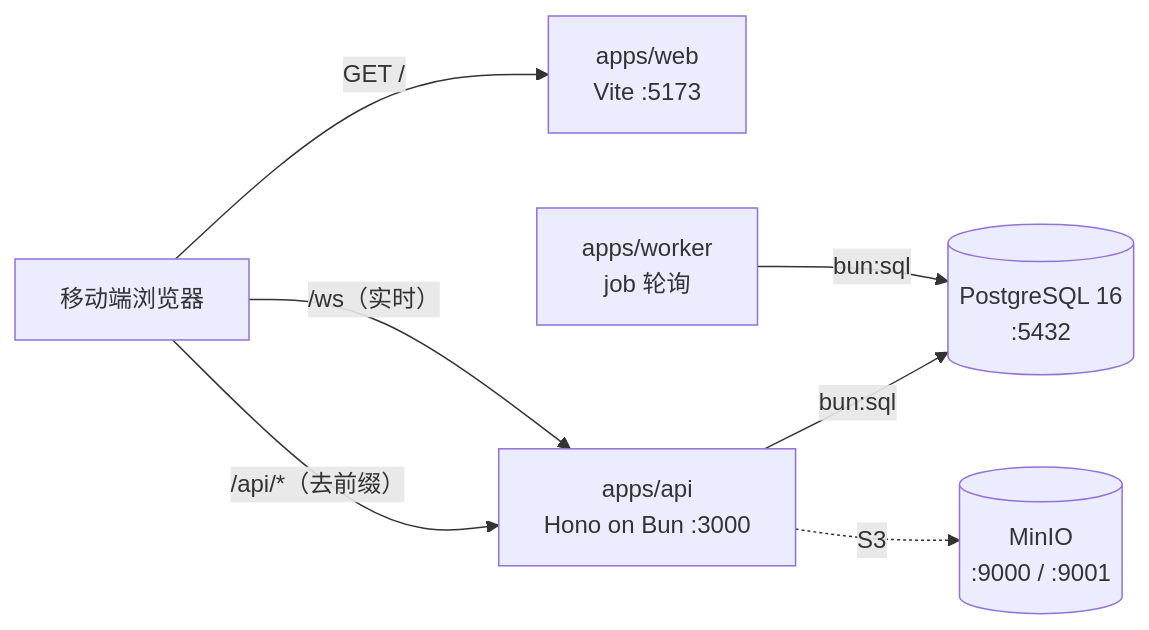
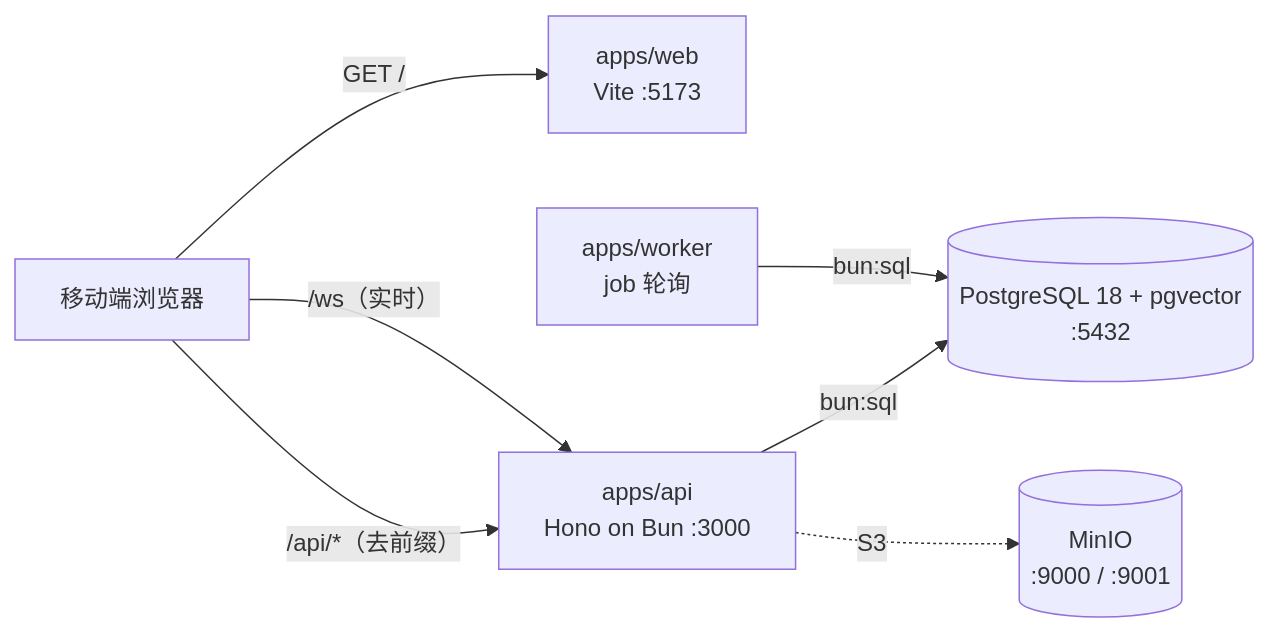
One commit to zzstar101/FISH changed the diagram in README.md. Above: the diagram before and after it, drawn with Mermaid. The commit also changed other lines of this file and 150 other files, not shown here.

````diff
--- a/README.md
+++ b/README.md
@@ -72,9 +72,9 @@
 ```mermaid
 graph LR
   BROWSER["移动端浏览器"] -->|"GET /"| WEB["apps/web<br/>Vite :5173"]
   BROWSER -->|"/api/*（去前缀）"| API["apps/api<br/>Hono on Bun :3000"]
   BROWSER -->|"/ws（实时）"| API
-  API -->|"bun:sql"| PG[("PostgreSQL 16<br/>:5432")]
+  API -->|"bun:sql"| PG[("PostgreSQL 18 + pgvector<br/>:5432")]
   WORKER["apps/worker<br/>job 轮询"] -->|"bun:sql"| PG
   API -.->|"S3"| MINIO[("MinIO<br/>:9000 / :9001")]
 ```
````
